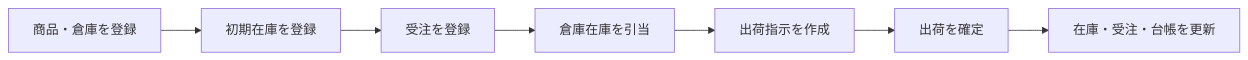
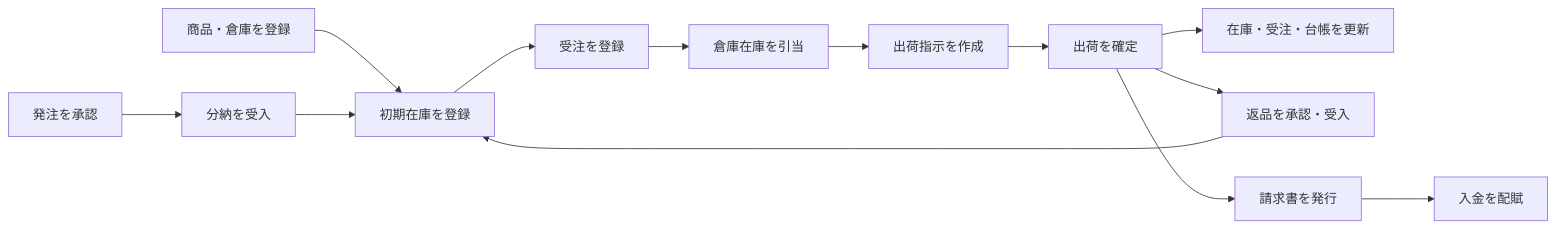
Before and after one commit to kodaimura/humq-sample: the first of 2 diagrams in README.md, drawn with Mermaid. The commit also changed other lines of this file and 1 other file, not shown here.

Commit message:
docs: document expanded HUMQ server architecture

````diff
--- a/README.md
+++ b/README.md
@@ -18,9 +21,15 @@
 ```mermaid
 flowchart LR
     A["商品・倉庫を登録"] --> B["初期在庫を登録"]
     B --> C["受注を登録"]
     C --> D["倉庫在庫を引当"]
     D --> E["出荷指示を作成"]
     E --> F["出荷を確定"]
     F --> G["在庫・受注・台帳を更新"]
+    H["発注を承認"] --> I["分納を受入"]
+    I --> B
+    F --> J["返品を承認・受入"]
+    J --> B
+    F --> K["請求書を発行"]
+    K --> L["入金を配賦"]
 ```
````
